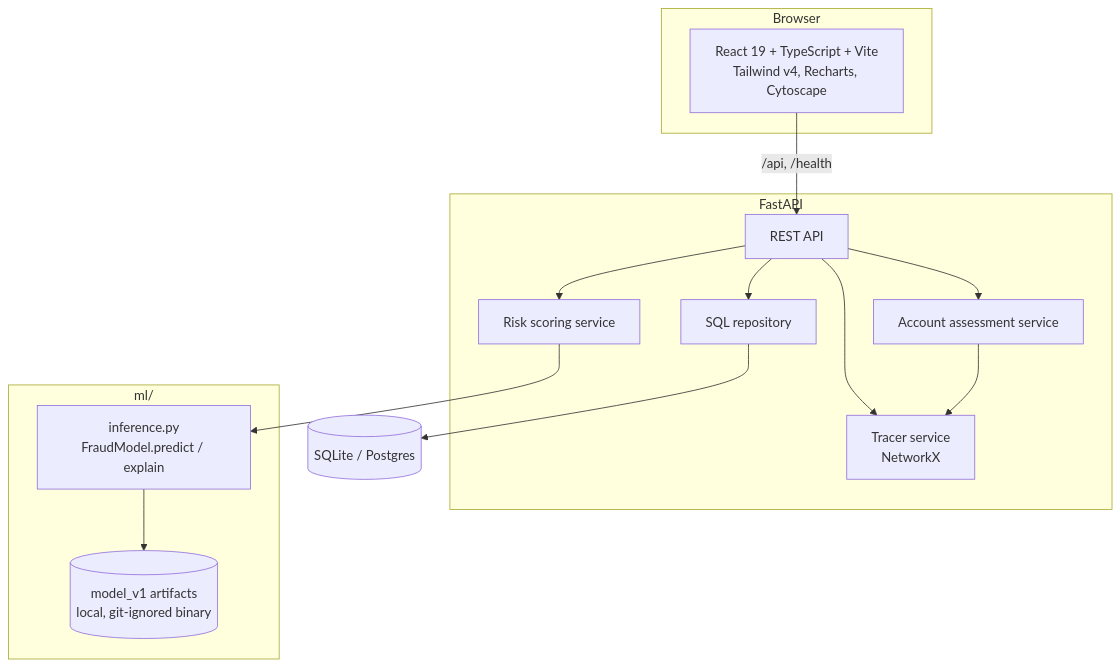
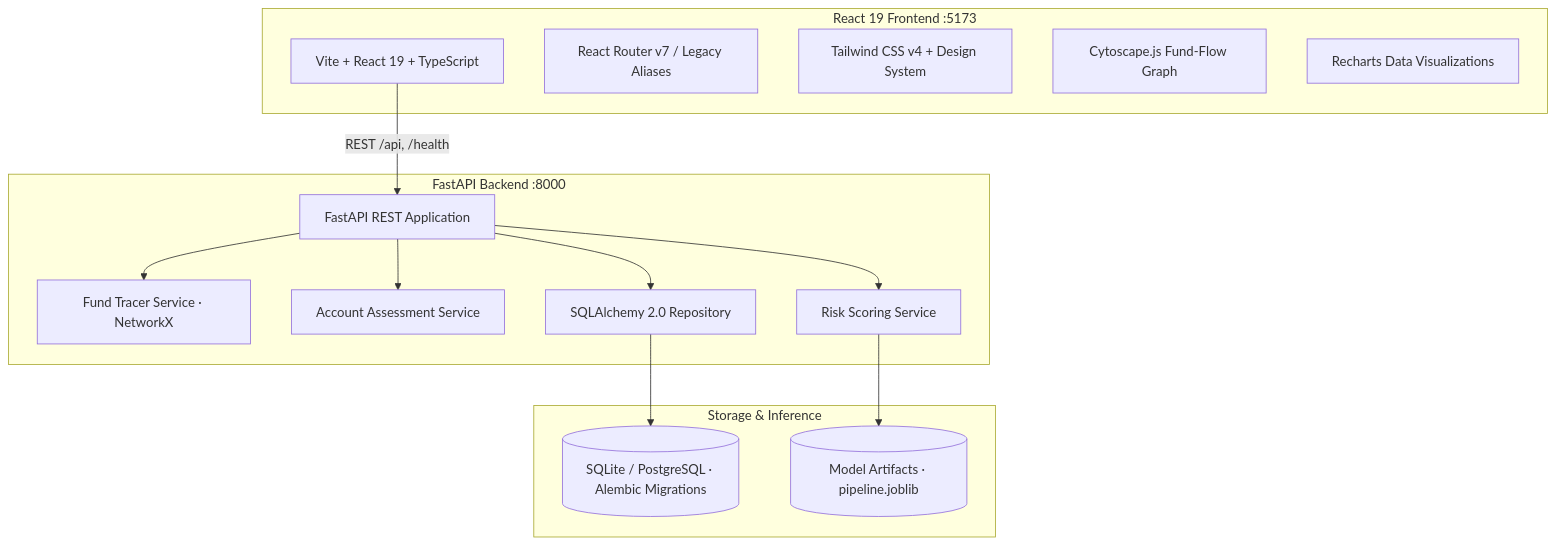
Before and after one commit to samarth-khera/FraudAi: the second of 2 diagrams in README.md, drawn with Mermaid. The commit also changed other lines of this file and 6 other files, not shown here.

````diff
--- a/README.md
+++ b/README.md
@@ -53,24 +76,30 @@
 ```mermaid
 flowchart TB
-    subgraph Browser
-        UI[React 19 + TypeScript + Vite<br/>Tailwind v4, Recharts, Cytoscape]
+    subgraph Frontend [React 19 Frontend :5173]
+        UI[Vite + React 19 + TypeScript]
+        ROUTER[React Router v7 / Legacy Aliases]
+        STYLE[Tailwind CSS v4 + Design System]
+        CYTO[Cytoscape.js Fund-Flow Graph]
+        CHARTS[Recharts Data Visualizations]
     end
-    subgraph Backend[FastAPI]
-        API[REST API]
-        TR[Tracer service<br/>NetworkX]
-        AS[Account assessment service]
-        RS[Risk scoring service]
-        REPO[SQL repository]
+
+    subgraph Backend [FastAPI Backend :8000]
+        API[FastAPI REST Application]
+        TR[Fund Tracer Service · NetworkX]
+        AS[Account Assessment Service]
+        RS[Risk Scoring Service]
+        REPO[SQLAlchemy 2.0 Repository]
     end
-    subgraph ML[ml/]
-        INF[inference.py<br/>FraudModel.predict / explain]
-        ART[(model_v1 artifacts<br/>local, git-ignored binary)]
+
+    subgraph Storage & Inference
+        DB[(SQLite / PostgreSQL · Alembic Migrations)]
+        ART[(Model Artifacts · pipeline.joblib)]
     end
-    DB[(SQLite / Postgres)]
-    UI -->|/api, /health| API
+
+    UI -->|REST /api, /health| API
     API --> TR
     API --> AS
-    AS --> TR
-    API --> RS --> INF --> ART
+    API --> RS
+    RS --> ART
     API --> REPO --> DB
 ```
````
